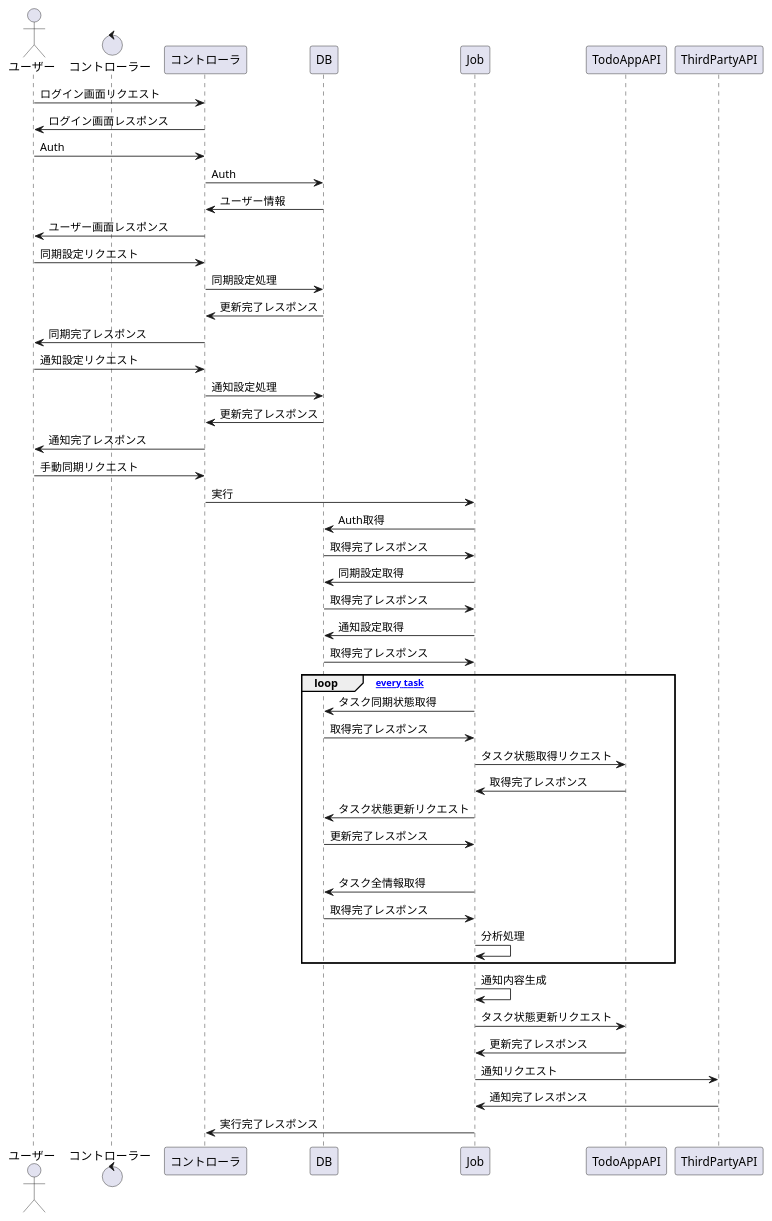
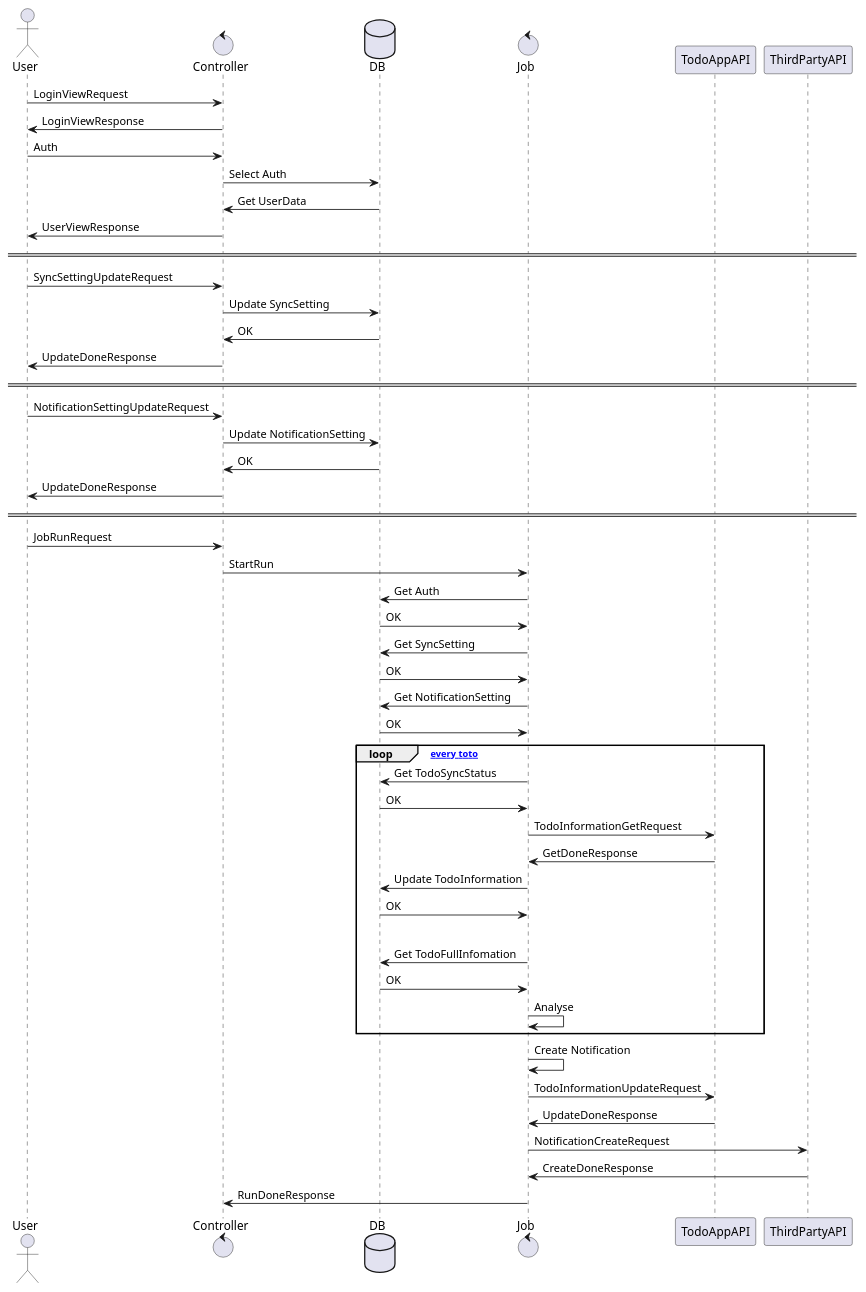
The diagram in design/sequence.puml (to-maru/tododog), drawn with PlantUML before and after one commit.

Commit message:
Translation

```diff
--- a/design/sequence.puml
+++ b/design/sequence.puml
@@ -1,47 +1,53 @@
 @startuml
 'https://plantuml.com/class-diagram
 
-actor ユーザー
-control コントローラー
+actor User
+control Controller
+database DB
+control Job
 
-ユーザー -> コントローラ: ログイン画面リクエスト
-コントローラ -> ユーザー: ログイン画面レスポンス
-ユーザー -> コントローラ: Auth
-コントローラ -> DB: Auth
-コントローラ <- DB: ユーザー情報
-ユーザー <- コントローラ: ユーザー画面レスポンス
-ユーザー -> コントローラ: 同期設定リクエスト
-コントローラ -> DB: 同期設定処理
-コントローラ <- DB: 更新完了レスポンス
-ユーザー <- コントローラ: 同期完了レスポンス
-ユーザー -> コントローラ: 通知設定リクエスト
-コントローラ -> DB: 通知設定処理
-コントローラ <- DB: 更新完了レスポンス
-ユーザー <- コントローラ: 通知完了レスポンス
-ユーザー -> コントローラ: 手動同期リクエスト
-コントローラ->Job: 実行
-Job->DB: Auth取得
-Job<-DB: 取得完了レスポンス
-Job->DB: 同期設定取得
-Job<-DB: 取得完了レスポンス
-Job->DB: 通知設定取得
-Job<-DB: 取得完了レスポンス
-loop [for every task]
-    Job->DB: タスク同期状態取得
-    Job<-DB: 取得完了レスポンス
-    Job->TodoAppAPI: タスク状態取得リクエスト
-    Job<-TodoAppAPI: 取得完了レスポンス
-    Job->DB: タスク状態更新リクエスト
-    Job<-DB: 更新完了レスポンス
+
+User -> Controller: LoginViewRequest
+Controller -> User: LoginViewResponse
+User -> Controller: Auth
+Controller -> DB: Select Auth
+Controller <- DB: Get UserData
+User <- Controller: UserViewResponse
+====
+User -> Controller: SyncSettingUpdateRequest
+Controller -> DB: Update SyncSetting
+Controller <- DB: OK
+User <- Controller: UpdateDoneResponse
+====
+User -> Controller: NotificationSettingUpdateRequest
+Controller -> DB: Update NotificationSetting
+Controller <- DB: OK
+User <- Controller: UpdateDoneResponse
+====
+User -> Controller: JobRunRequest
+Controller->Job: StartRun
+Job->DB: Get Auth
+Job<-DB: OK
+Job->DB: Get SyncSetting
+Job<-DB: OK
+Job->DB: Get NotificationSetting
+Job<-DB: OK
+loop [for every toto]
+    Job->DB: Get TodoSyncStatus
+    Job<-DB: OK
+    Job->TodoAppAPI: TodoInformationGetRequest
+    Job<-TodoAppAPI: GetDoneResponse
+    Job->DB: Update TodoInformation
+    Job<-DB: OK
     |||
-    Job->DB: タスク全情報取得
-    Job<-DB: 取得完了レスポンス
-    Job->Job: 分析処理
+    Job->DB: Get TodoFullInfomation
+    Job<-DB: OK
+    Job->Job: Analyse
 end
-Job->Job: 通知内容生成
-Job->TodoAppAPI: タスク状態更新リクエスト
-Job<-TodoAppAPI: 更新完了レスポンス
-Job->ThirdPartyAPI: 通知リクエスト
-Job<-ThirdPartyAPI: 通知完了レスポンス
-コントローラ<-Job: 実行完了レスポンス
+Job->Job: Create Notification
+Job->TodoAppAPI: TodoInformationUpdateRequest
+Job<-TodoAppAPI: UpdateDoneResponse
+Job->ThirdPartyAPI: NotificationCreateRequest
+Job<-ThirdPartyAPI: CreateDoneResponse
+Controller<-Job: RunDoneResponse
 @enduml
```
